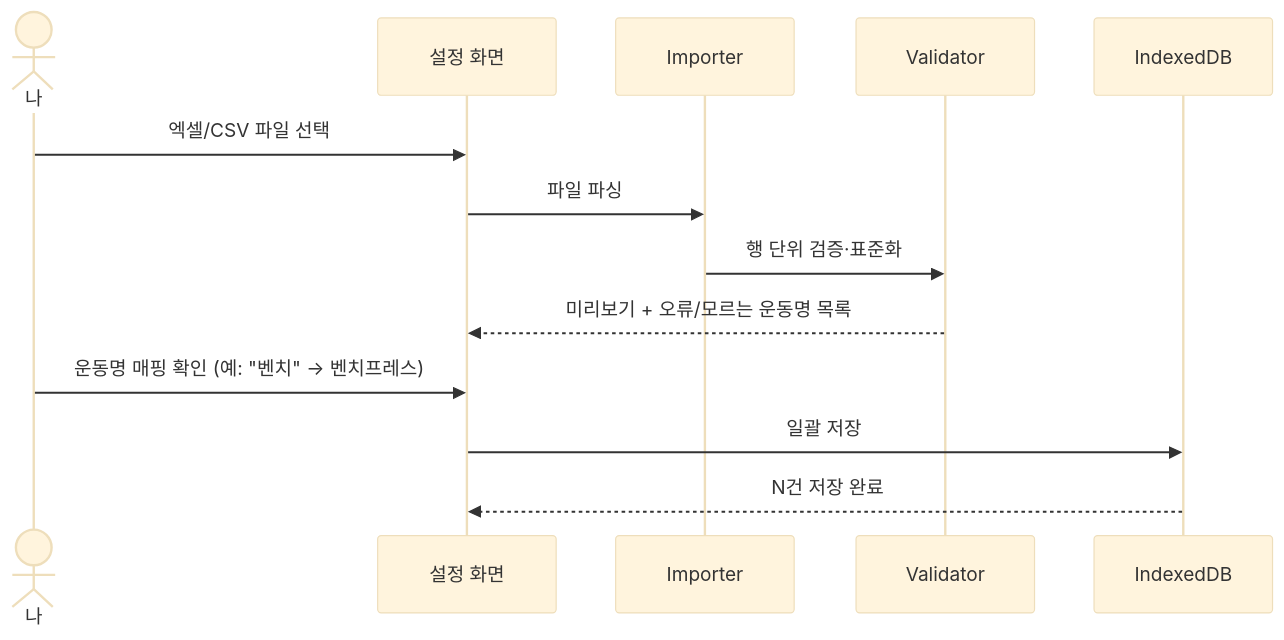
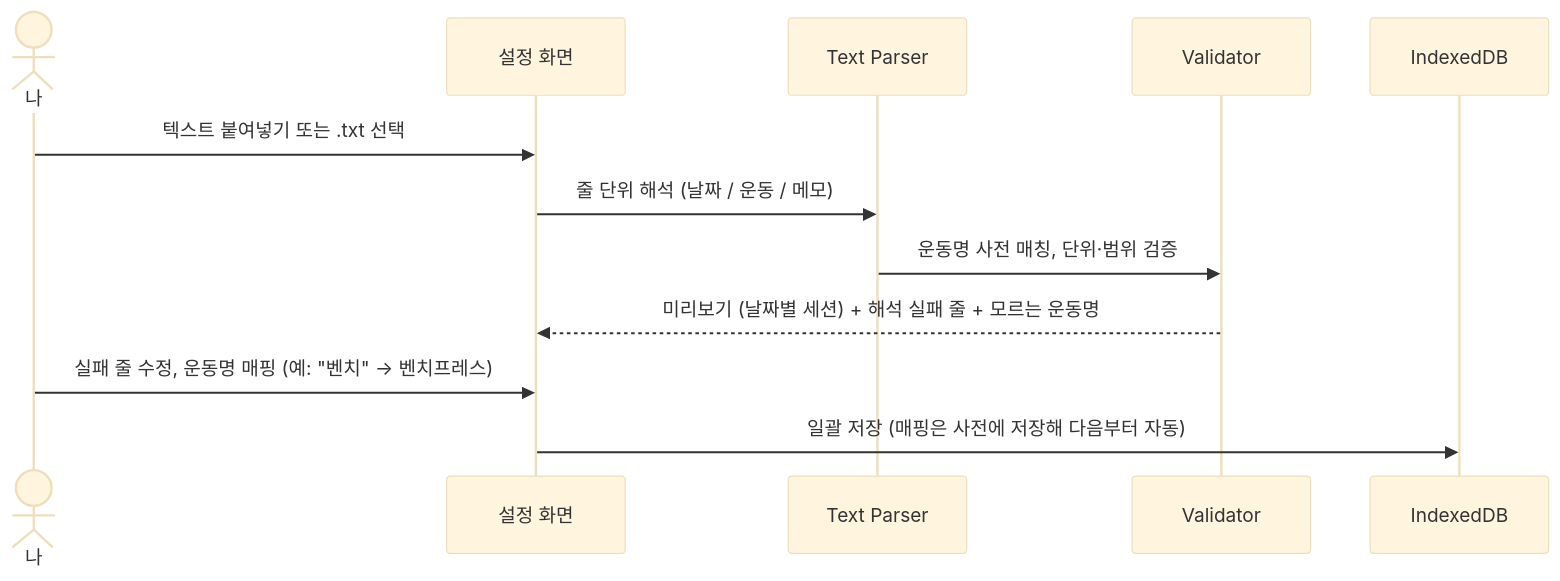
Before and after one commit to y2j1004-run/003.workout_mgmt: the fourth of 6 diagrams in docs/ARCHITECTURE.md, drawn with Mermaid (base theme). The commit also changed other lines of this file and 23 other files, not shown here.

````diff
--- a/docs/ARCHITECTURE.md
+++ b/docs/ARCHITECTURE.md
@@ -173,16 +200,15 @@
 ```mermaid
 sequenceDiagram
     actor U as 나
     participant S as 설정 화면
-    participant IM as Importer
+    participant P as Text Parser
     participant V as Validator
     participant DB as IndexedDB
 
-    U->>S: 엑셀/CSV 파일 선택
-    S->>IM: 파일 파싱
-    IM->>V: 행 단위 검증·표준화
-    V-->>S: 미리보기 + 오류/모르는 운동명 목록
-    U->>S: 운동명 매핑 확인 (예: "벤치" → 벤치프레스)
-    S->>DB: 일괄 저장
-    DB-->>S: N건 저장 완료
+    U->>S: 텍스트 붙여넣기 또는 .txt 선택
+    S->>P: 줄 단위 해석 (날짜 / 운동 / 메모)
+    P->>V: 운동명 사전 매칭, 단위·범위 검증
+    V-->>S: 미리보기 (날짜별 세션) + 해석 실패 줄 + 모르는 운동명
+    U->>S: 실패 줄 수정, 운동명 매핑 (예: "벤치" → 벤치프레스)
+    S->>DB: 일괄 저장 (매핑은 사전에 저장해 다음부터 자동)
 ```
````
